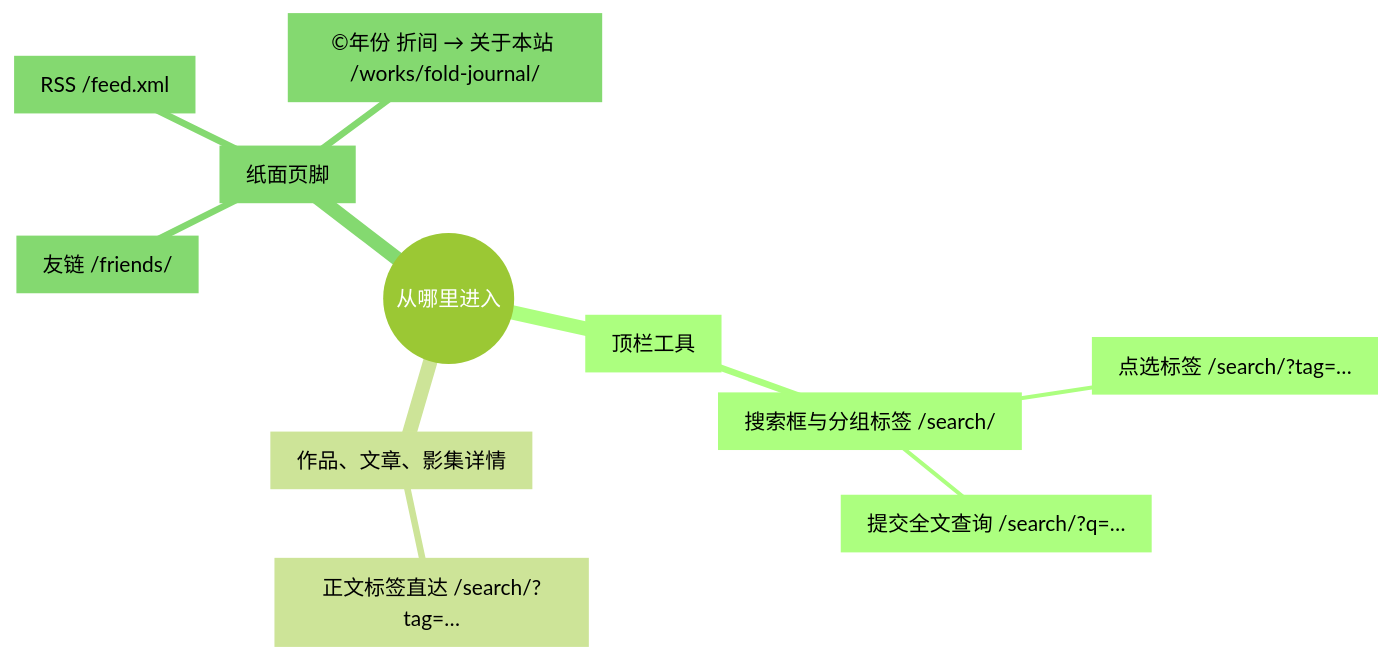
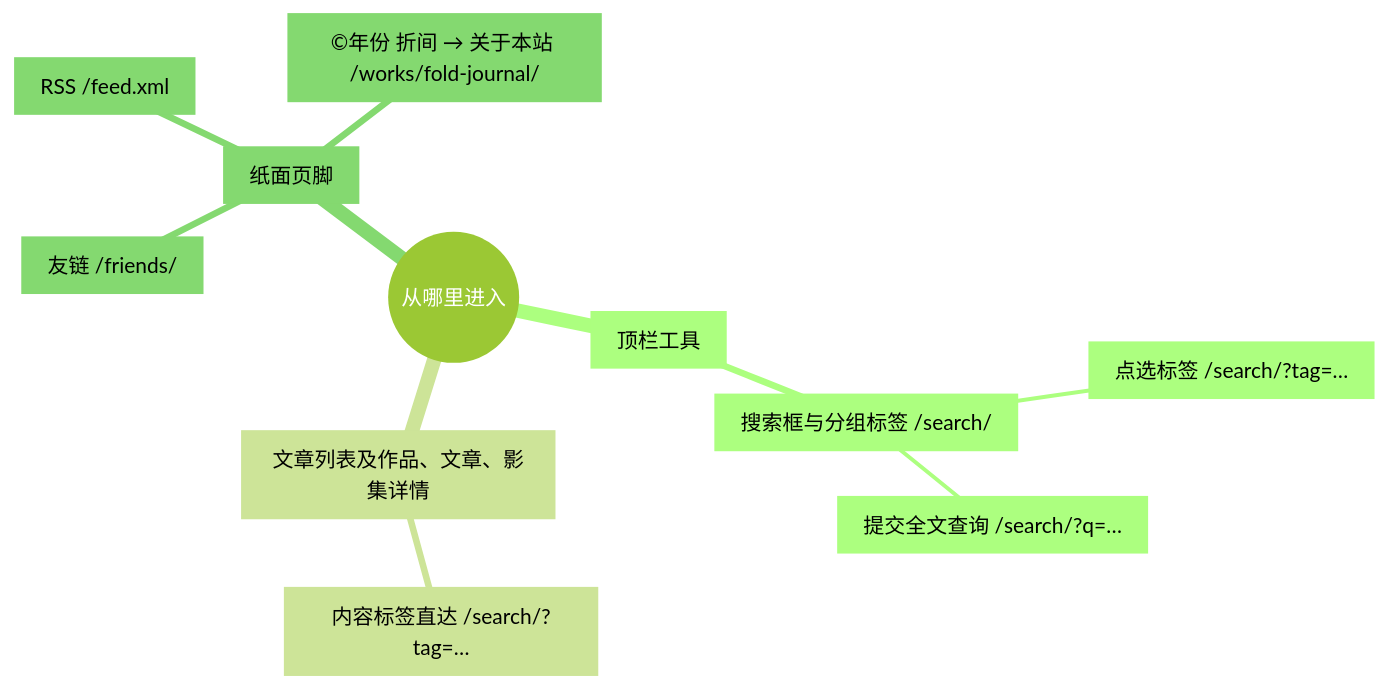
The second of 2 diagrams in docs/page-map.md (155TuT/origami-page), drawn with Mermaid (forest theme) before and after one commit. The commit also changed other lines of this file and 70 other files, not shown here.

````diff
--- a/docs/page-map.md
+++ b/docs/page-map.md
@@ -34,14 +34,14 @@
 ```mermaid
 mindmap
   entrances((从哪里进入))
     toolbar["顶栏工具"]
       search["搜索框与分组标签 /search/"]
         tag["点选标签 /search/?tag=…"]
         query["提交全文查询 /search/?q=…"]
-    content["作品、文章、影集详情"]
-      chip["正文标签直达 /search/?tag=…"]
+    content["文章列表及作品、文章、影集详情"]
+      chip["内容标签直达 /search/?tag=…"]
     footer["纸面页脚"]
       friends["友链 /friends/"]
       feed["RSS /feed.xml"]
       site["©年份 折间 → 关于本站 /works/fold-journal/"]
 ```
````
